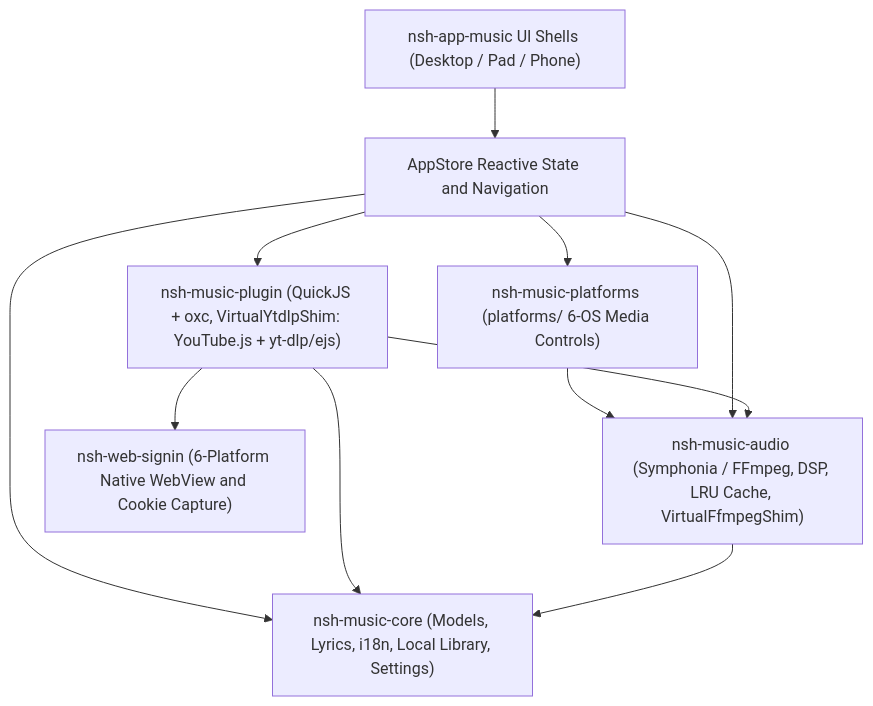
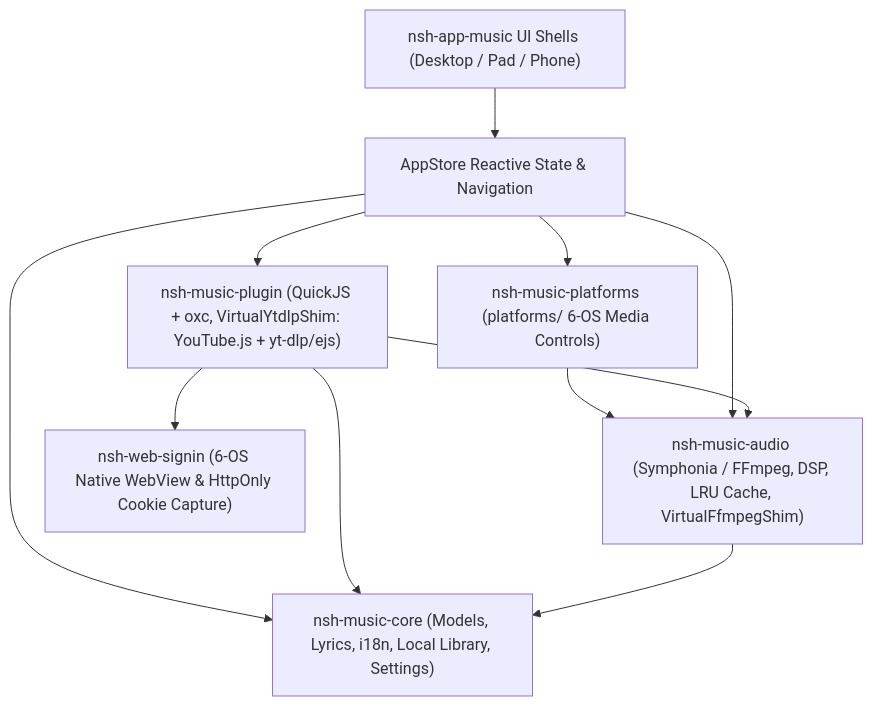
The diagram in README.md (richerfu/nsh-music), drawn with Mermaid before and after one commit. The commit also changed other lines of this file and 1 other file, not shown here.

````diff
--- a/README.md
+++ b/README.md
@@ -67,21 +72,21 @@
 ```mermaid
 flowchart TB
     UI["nsh-app-music UI Shells (Desktop / Pad / Phone)"]
-    Store["AppStore Reactive State and Navigation"]
+    Store["AppStore Reactive State & Navigation"]
     Platform["nsh-music-platforms (platforms/ 6-OS Media Controls)"]
     Core["nsh-music-core (Models, Lyrics, i18n, Local Library, Settings)"]
     Audio["nsh-music-audio (Symphonia / FFmpeg, DSP, LRU Cache, VirtualFfmpegShim)"]
     Plugin["nsh-music-plugin (QuickJS + oxc, VirtualYtdlpShim: YouTube.js + yt-dlp/ejs)"]
-    SignIn["nsh-web-signin (6-Platform Native WebView and Cookie Capture)"]
+    SignIn["nsh-web-signin (6-OS Native WebView & HttpOnly Cookie Capture)"]
 
     UI --> Store
     Store --> Platform
     Platform --> Audio
     Store --> Core
     Store --> Audio
     Store --> Plugin
     Plugin --> Core
     Plugin --> Audio
     Plugin --> SignIn
     Audio --> Core
 ```
````
